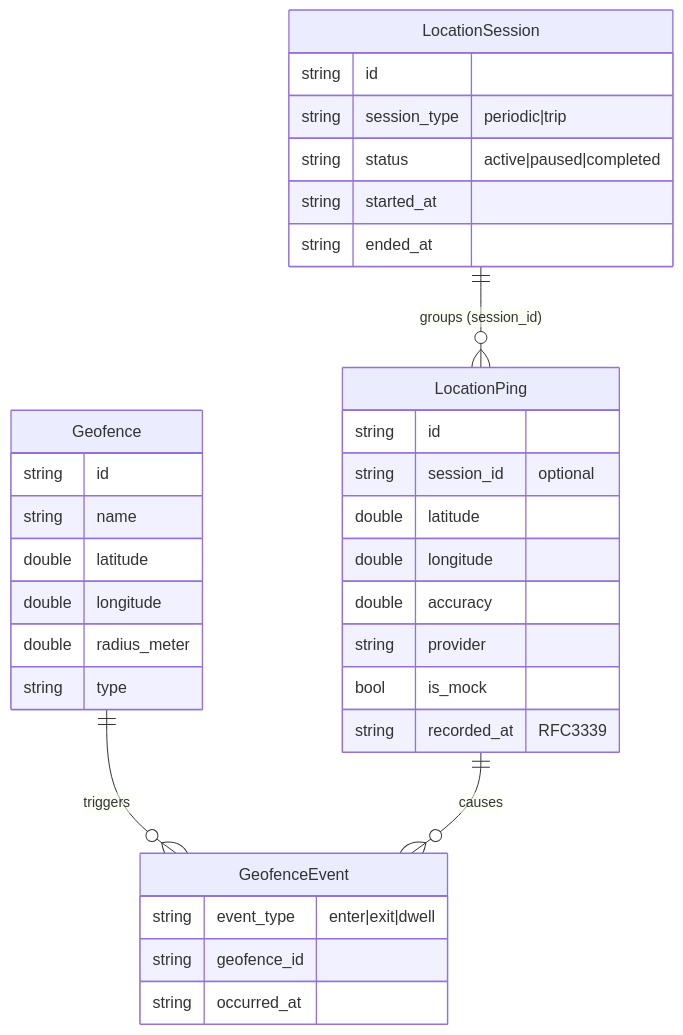
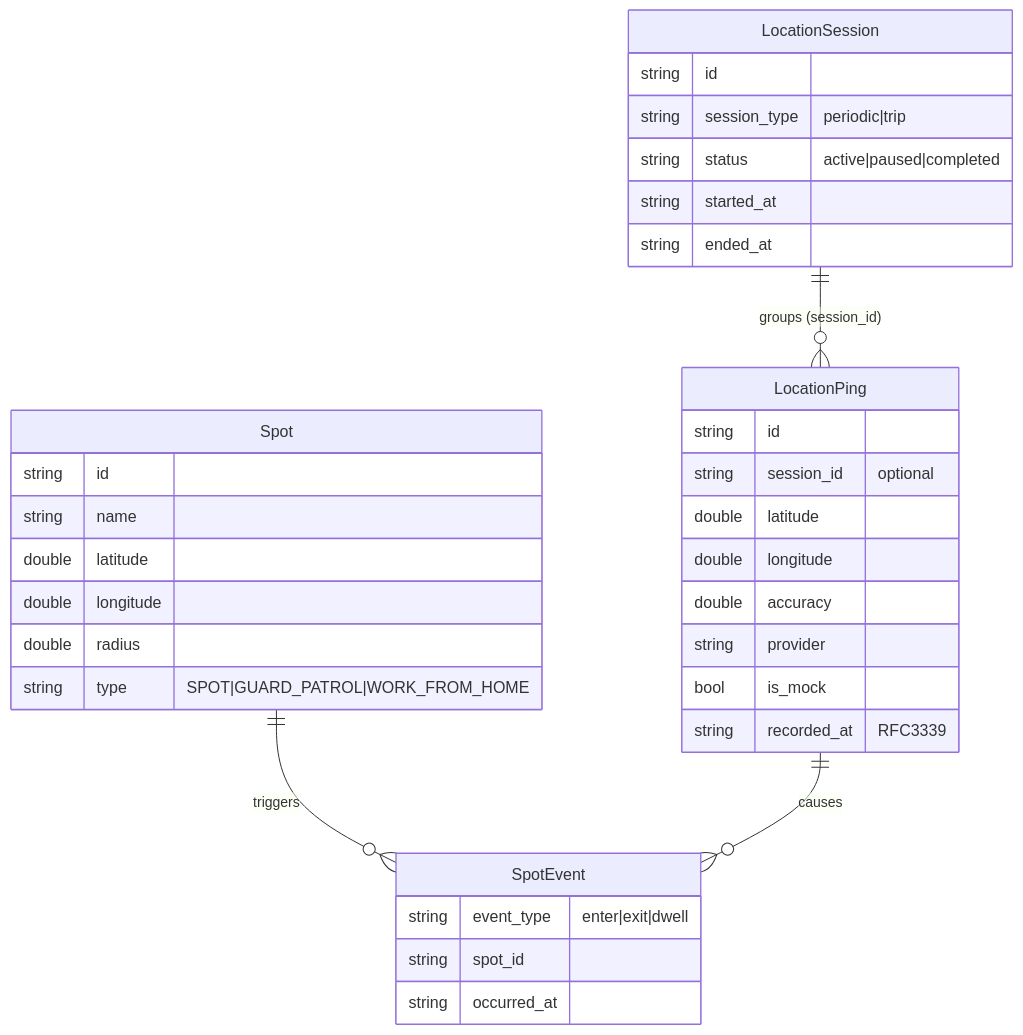
One commit to devbefingerspot/fio-dart-client changed the diagram in docs/location_monitoring.md. Above: the diagram before and after it, drawn with Mermaid. The commit also changed other lines of this file and 10 other files, not shown here.

Commit message:
chore: geofence data to spot

````diff
--- a/docs/location_monitoring.md
+++ b/docs/location_monitoring.md
@@ -50,37 +50,37 @@
 ```mermaid
 erDiagram
     LocationSession ||--o{ LocationPing : "groups (session_id)"
-    Geofence ||--o{ GeofenceEvent : "triggers"
-    LocationPing ||--o{ GeofenceEvent : "causes"
+    Spot ||--o{ SpotEvent : "triggers"
+    LocationPing ||--o{ SpotEvent : "causes"
 
     LocationPing {
         string id
         string session_id "optional"
         double latitude
         double longitude
         double accuracy
         string provider
         bool is_mock
         string recorded_at "RFC3339"
     }
     LocationSession {
         string id
         string session_type "periodic|trip"
         string status "active|paused|completed"
         string started_at
         string ended_at
     }
-    Geofence {
+    Spot {
         string id
         string name
         double latitude
         double longitude
-        double radius_meter
-        string type
+        double radius
+        string type "SPOT|GUARD_PATROL|WORK_FROM_HOME"
     }
-    GeofenceEvent {
+    SpotEvent {
         string event_type "enter|exit|dwell"
-        string geofence_id
+        string spot_id
         string occurred_at
     }
 ```
````
